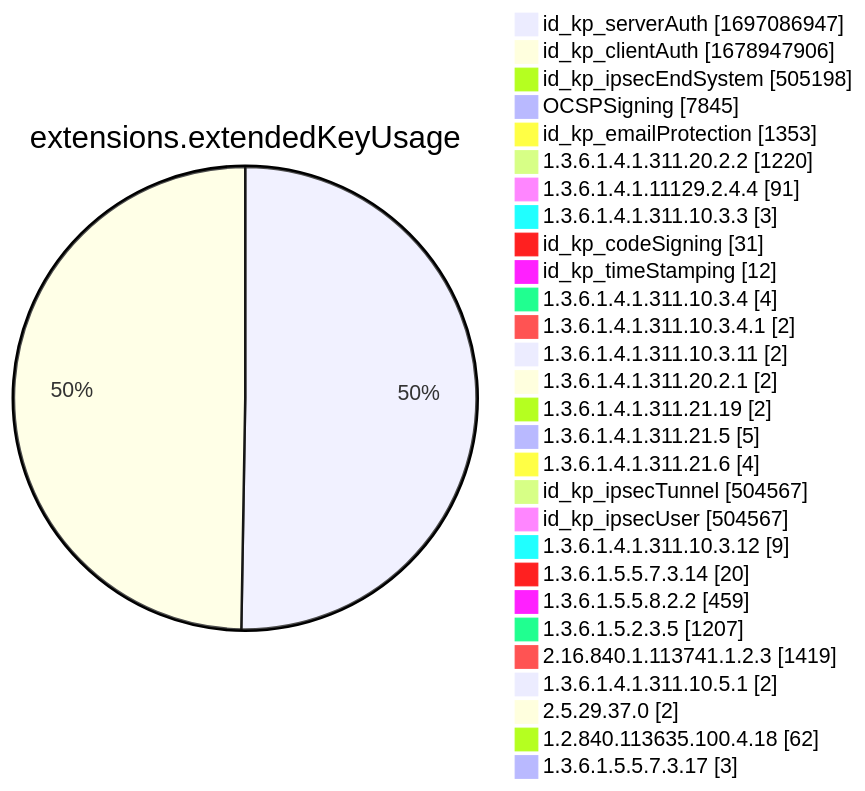
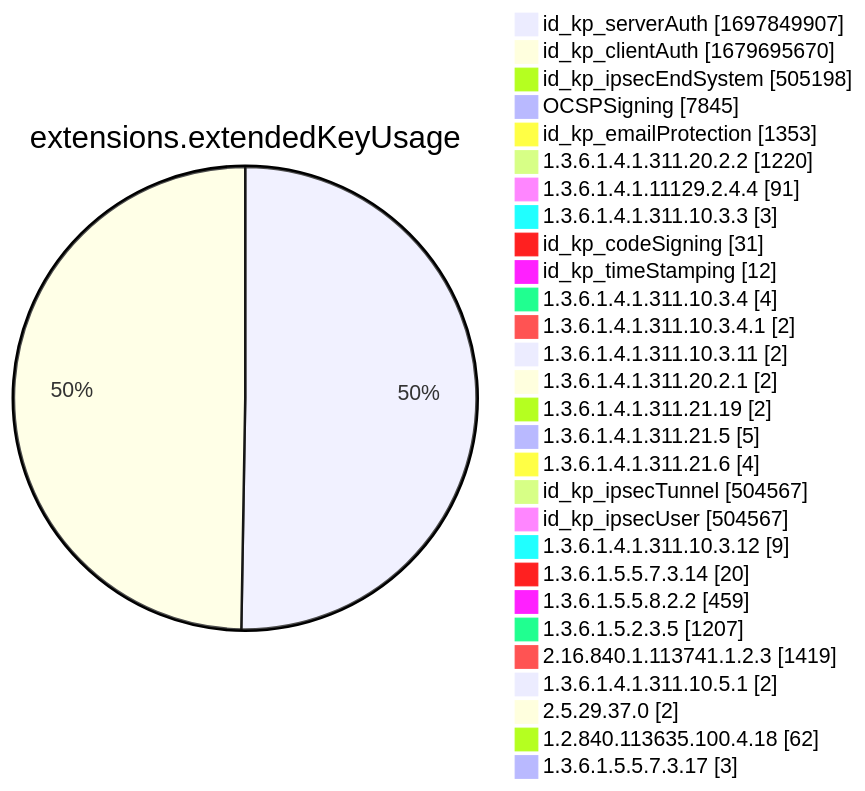
Before and after one commit to christiankrug/ctmonitor_visualization: diagram 12 of 15 in xenon2022/README.md, drawn with Mermaid. The commit also changed other lines of this file, not shown here.

````diff
--- a/xenon2022/README.md
+++ b/xenon2022/README.md
@@ -3888,32 +3888,32 @@
 ```mermaid
 pie showData
 title extensions.extendedKeyUsage
-"id_kp_serverAuth" :1697086947
-"id_kp_clientAuth" :1678947906
+"id_kp_serverAuth" :1697849907
+"id_kp_clientAuth" :1679695670
 "id_kp_ipsecEndSystem" :505198
 "OCSPSigning" :7845
 "id_kp_emailProtection" :1353
 "1.3.6.1.4.1.311.20.2.2" :1220
 "1.3.6.1.4.1.11129.2.4.4" :91
 "1.3.6.1.4.1.311.10.3.3" :3
 "id_kp_codeSigning" :31
 "id_kp_timeStamping" :12
 "1.3.6.1.4.1.311.10.3.4" :4
 "1.3.6.1.4.1.311.10.3.4.1" :2
 "1.3.6.1.4.1.311.10.3.11" :2
 "1.3.6.1.4.1.311.20.2.1" :2
 "1.3.6.1.4.1.311.21.19" :2
 "1.3.6.1.4.1.311.21.5" :5
 "1.3.6.1.4.1.311.21.6" :4
 "id_kp_ipsecTunnel" :504567
 "id_kp_ipsecUser" :504567
 "1.3.6.1.4.1.311.10.3.12" :9
 "1.3.6.1.5.5.7.3.14" :20
 "1.3.6.1.5.5.8.2.2" :459
 "1.3.6.1.5.2.3.5" :1207
 "2.16.840.1.113741.1.2.3" :1419
 "1.3.6.1.4.1.311.10.5.1" :2
 "2.5.29.37.0" :2
 "1.2.840.113635.100.4.18" :62
 "1.3.6.1.5.5.7.3.17" :3
 ```
````
